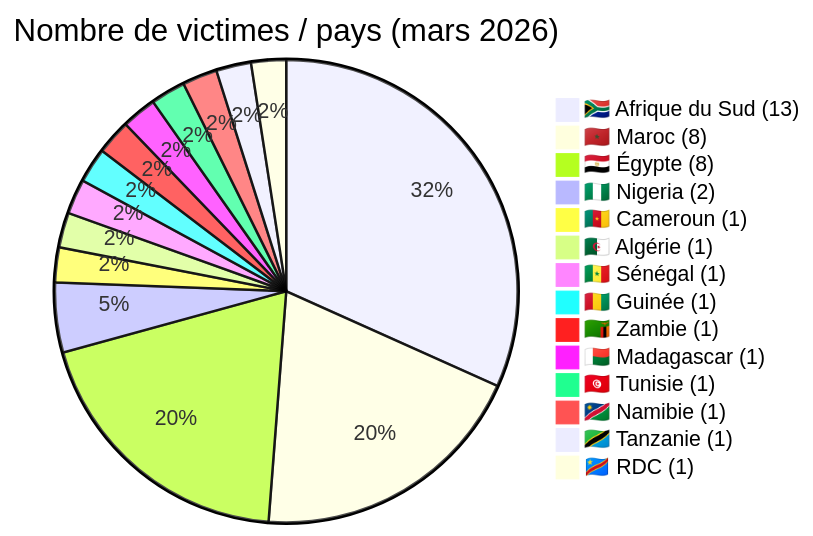
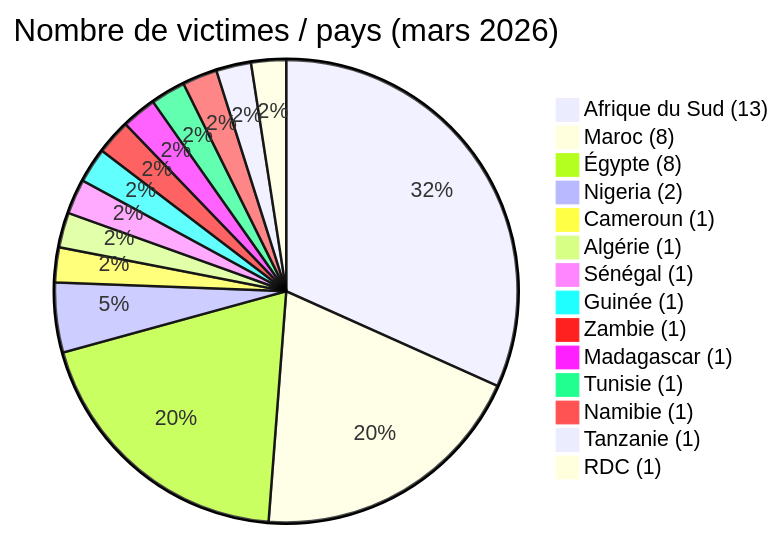
One commit to Hatchepsoute/AFRINTEL changed the first of 5 diagrams in CyberAttackAfrica/2026/03-march/README_FR.md. Above: the diagram before and after it, drawn with Mermaid. The commit also changed other lines of this file and 11 other files, not shown here.

First line of the commit message:
fix: remove all emojis from Mermaid labels in Jan-Jun 2026 reports

````diff
--- a/CyberAttackAfrica/2026/03-march/README_FR.md
+++ b/CyberAttackAfrica/2026/03-march/README_FR.md
@@ -61,18 +61,18 @@
 ```mermaid
 pie
-    title Nombre de victimes / pays (mars 2026)
-    "🇿🇦 Afrique du Sud (13)" : 13
-    "🇲🇦 Maroc (8)" : 8
-    "🇪🇬 Égypte (8)" : 8
-    "🇳🇬 Nigeria (2)" : 2
-    "🇨🇲 Cameroun (1)" : 1
-    "🇩🇿 Algérie (1)" : 1
-    "🇸🇳 Sénégal (1)" : 1
-    "🇬🇳 Guinée (1)" : 1
-    "🇿🇲 Zambie (1)" : 1
-    "🇲🇬 Madagascar (1)" : 1
-    "🇹🇳 Tunisie (1)" : 1
-    "🇳🇦 Namibie (1)" : 1
-    "🇹🇿 Tanzanie (1)" : 1
-    "🇨🇩 RDC (1)" : 1
+ title Nombre de victimes / pays (mars 2026)
+ "Afrique du Sud (13)" : 13
+ "Maroc (8)" : 8
+ "Égypte (8)" : 8
+ "Nigeria (2)" : 2
+ "Cameroun (1)" : 1
+ "Algérie (1)" : 1
+ "Sénégal (1)" : 1
+ "Guinée (1)" : 1
+ "Zambie (1)" : 1
+ "Madagascar (1)" : 1
+ "Tunisie (1)" : 1
+ "Namibie (1)" : 1
+ "Tanzanie (1)" : 1
+ "RDC (1)" : 1
 ```
````
